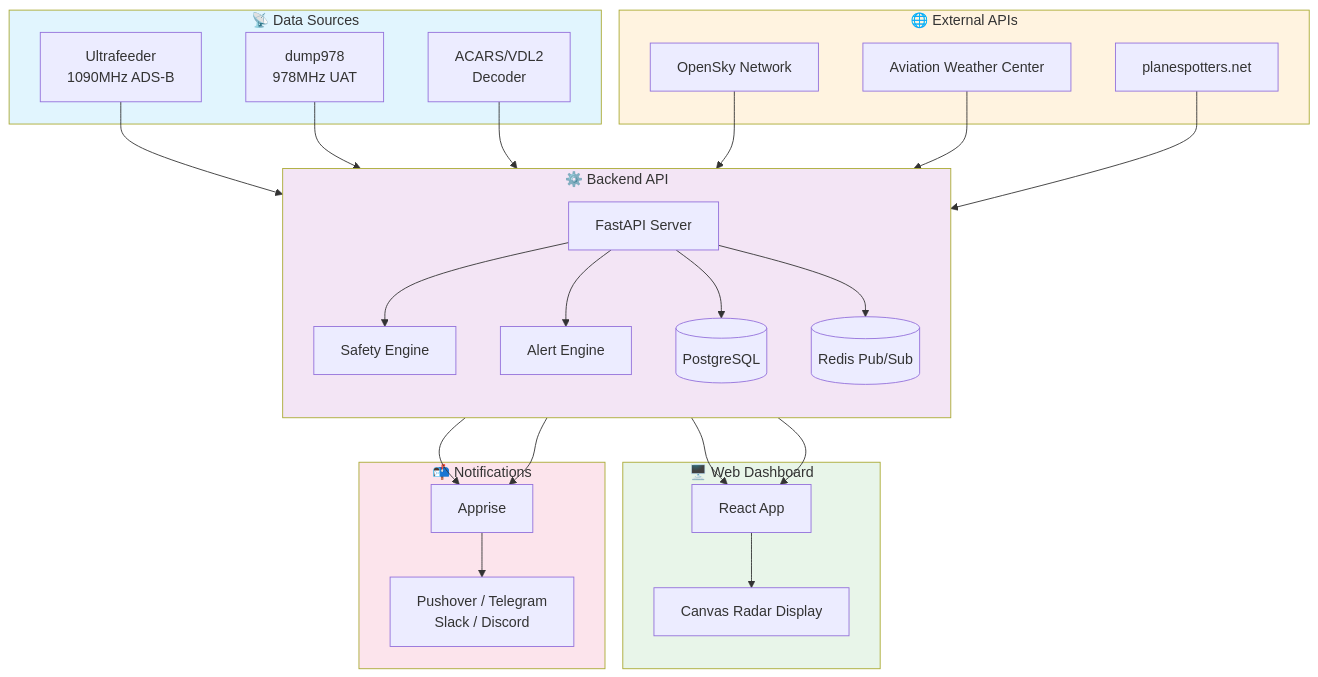
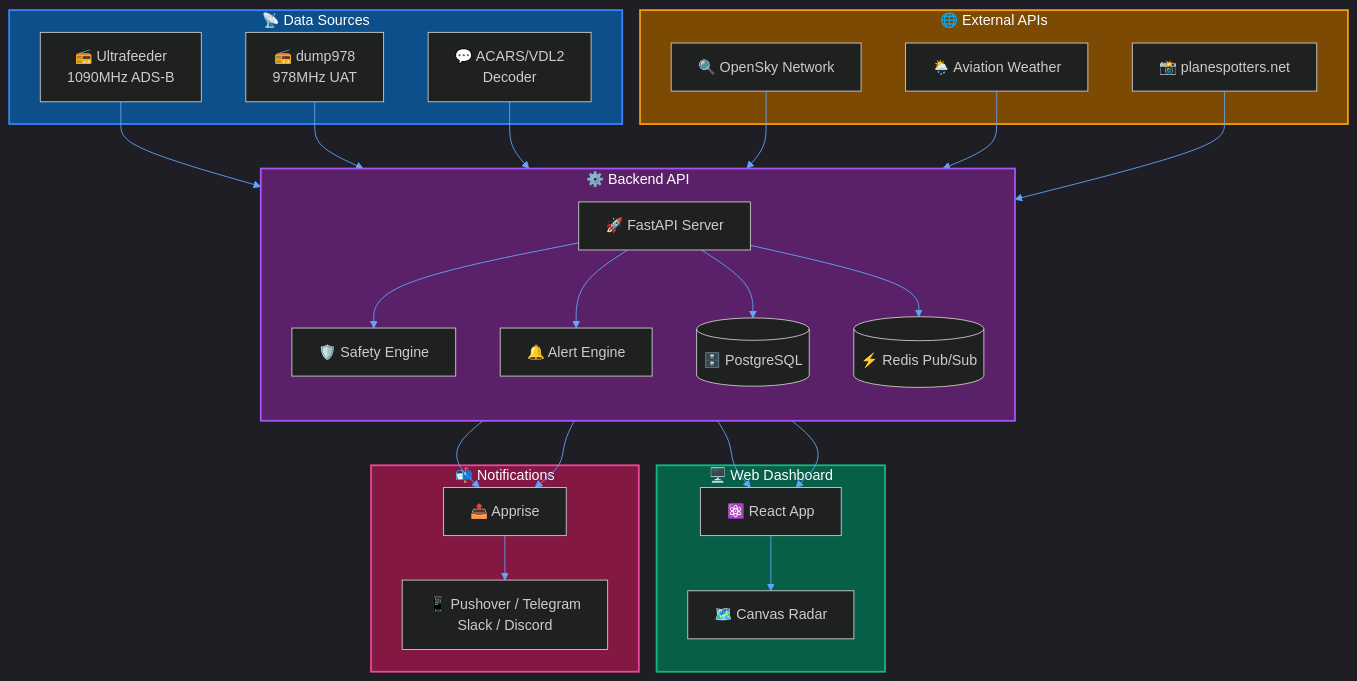
The first of 2 diagrams in docs/Getting Started/overview.md (CHA0S-CORP/SkySpyDocs), drawn with Mermaid before and after one commit. The commit also changed 7 other files, not shown here.

````diff
--- a/docs/Getting Started/overview.md
+++ b/docs/Getting Started/overview.md
@@ -39,59 +39,60 @@
 ```mermaid
+%%{init: {'theme': 'dark', 'themeVariables': { 'primaryColor': '#1e3a5f', 'primaryTextColor': '#fff', 'primaryBorderColor': '#3b82f6', 'lineColor': '#60a5fa', 'secondaryColor': '#1e3a5f', 'tertiaryColor': '#1e3a5f'}}}%%
 flowchart TB
     subgraph Receivers["📡 Data Sources"]
-        UF[Ultrafeeder<br/>1090MHz ADS-B]
-        D978[dump978<br/>978MHz UAT]
-        ACARS[ACARS/VDL2<br/>Decoder]
+        UF["📻 Ultrafeeder<br/>1090MHz ADS-B"]
+        D978["📻 dump978<br/>978MHz UAT"]
+        ACARS["💬 ACARS/VDL2<br/>Decoder"]
     end
 
     subgraph External["🌐 External APIs"]
-        OSN[OpenSky Network]
-        AWC[Aviation Weather Center]
-        PS[planespotters.net]
+        OSN["🔍 OpenSky Network"]
+        AWC["🌦️ Aviation Weather"]
+        PS["📸 planespotters.net"]
     end
 
     subgraph Backend["⚙️ Backend API"]
         direction TB
-        API[FastAPI Server]
-        SAFETY[Safety Engine]
-        ALERTS[Alert Engine]
-        DB[(PostgreSQL)]
-        REDIS[(Redis Pub/Sub)]
+        API["🚀 FastAPI Server"]
+        SAFETY["🛡️ Safety Engine"]
+        ALERTS["🔔 Alert Engine"]
+        DB[("🗄️ PostgreSQL")]
+        REDIS[("⚡ Redis Pub/Sub")]
     end
 
     subgraph Frontend["🖥️ Web Dashboard"]
-        REACT[React App]
-        MAP[Canvas Radar Display]
+        REACT["⚛️ React App"]
+        MAP["🗺️ Canvas Radar"]
     end
 
     subgraph Notifications["📬 Notifications"]
-        APPRISE[Apprise]
-        PUSH[Pushover / Telegram<br/>Slack / Discord]
+        APPRISE["📤 Apprise"]
+        PUSH["📱 Pushover / Telegram<br/>Slack / Discord"]
     end
 
     UF --> API
     D978 --> API
     ACARS --> API
     OSN --> API
     AWC --> API
     PS --> API
 
     API --> SAFETY
     API --> ALERTS
     API --> DB
     API --> REDIS
 
     REDIS --> REACT
     API --> REACT
     REACT --> MAP
 
     ALERTS --> APPRISE
     SAFETY --> APPRISE
     APPRISE --> PUSH
 
-    style Receivers fill:#e1f5fe
-    style External fill:#fff3e0
-    style Backend fill:#f3e5f5
-    style Frontend fill:#e8f5e9
-    style Notifications fill:#fce4ec
+    style Receivers fill:#0d4f8b,stroke:#3b82f6,stroke-width:2px,color:#fff
+    style External fill:#7c4a03,stroke:#f59e0b,stroke-width:2px,color:#fff
+    style Backend fill:#5b2168,stroke:#a855f7,stroke-width:2px,color:#fff
+    style Frontend fill:#065f46,stroke:#10b981,stroke-width:2px,color:#fff
+    style Notifications fill:#831843,stroke:#ec4899,stroke-width:2px,color:#fff
 ```
````
